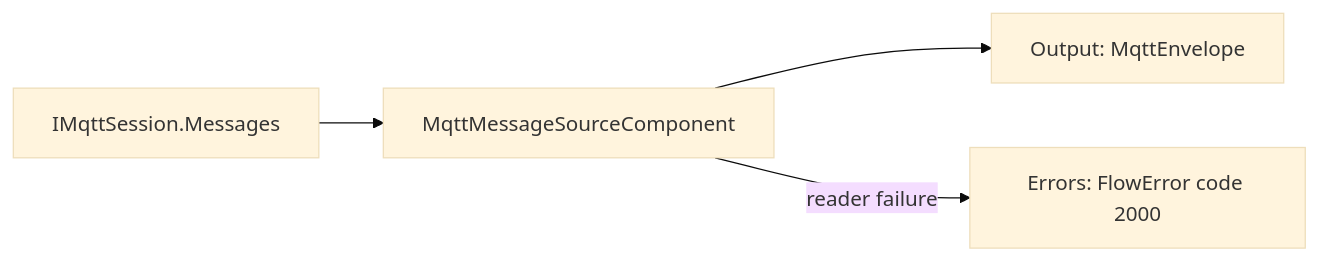
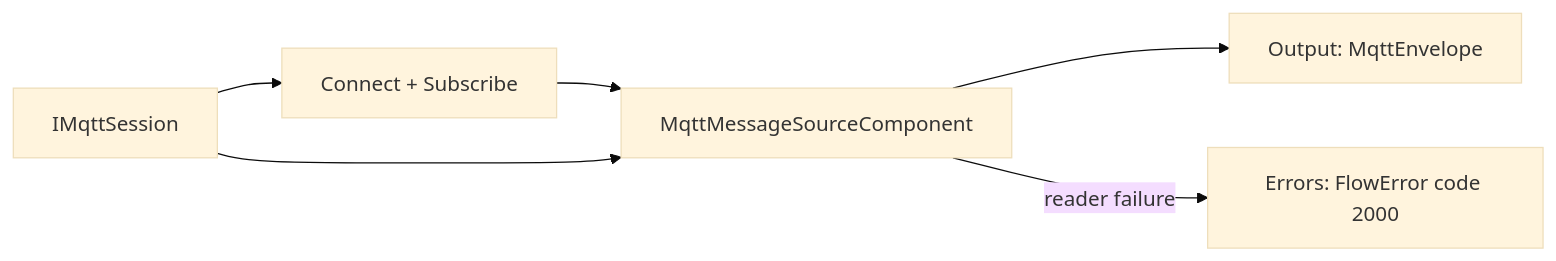
Before and after one commit to araxis/FluxMq: the third of 16 diagrams in docs/flow-components.md, drawn with Mermaid (base theme). The commit also changed other lines of this file and 11 other files, not shown here.

Commit message:
feat(pipeline): add mqtt message source resource factory

````diff
--- a/docs/flow-components.md
+++ b/docs/flow-components.md
@@ -60,6 +60,8 @@
 ```mermaid
 flowchart LR
-    Session["IMqttSession.Messages"] --> Source["MqttMessageSourceComponent"]
+    Session["IMqttSession"] --> Connect["Connect + Subscribe"]
+    Connect --> Source["MqttMessageSourceComponent"]
+    Session --> Source
     Source --> Out["Output: MqttEnvelope"]
     Source -->|reader failure| Errors["Errors: FlowError code 2000"]
 ```
````
